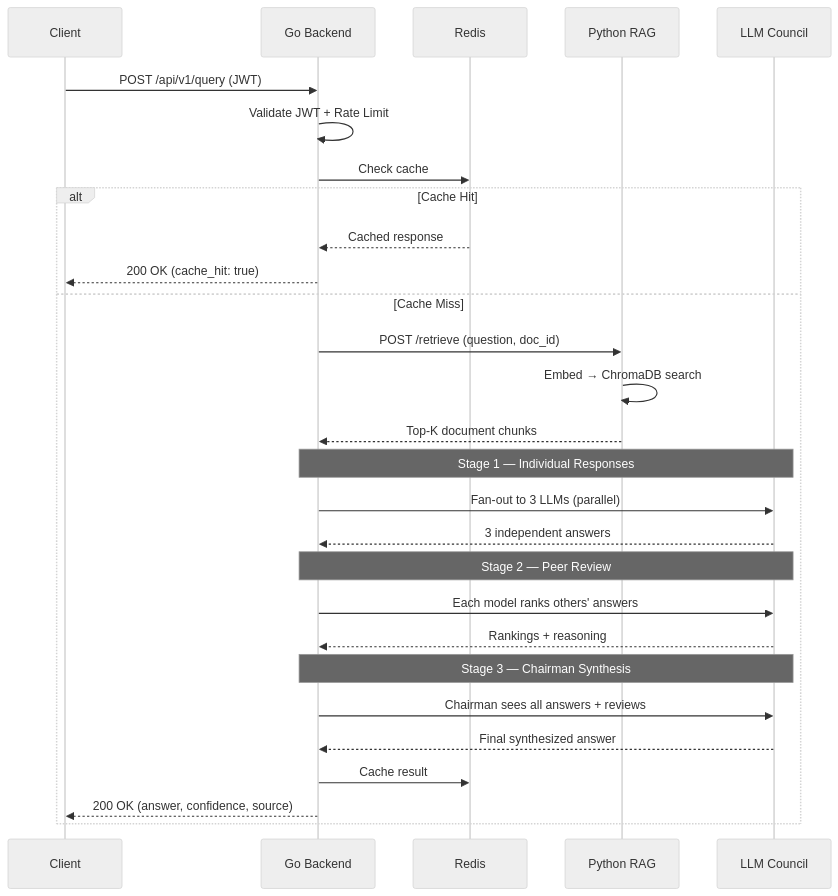
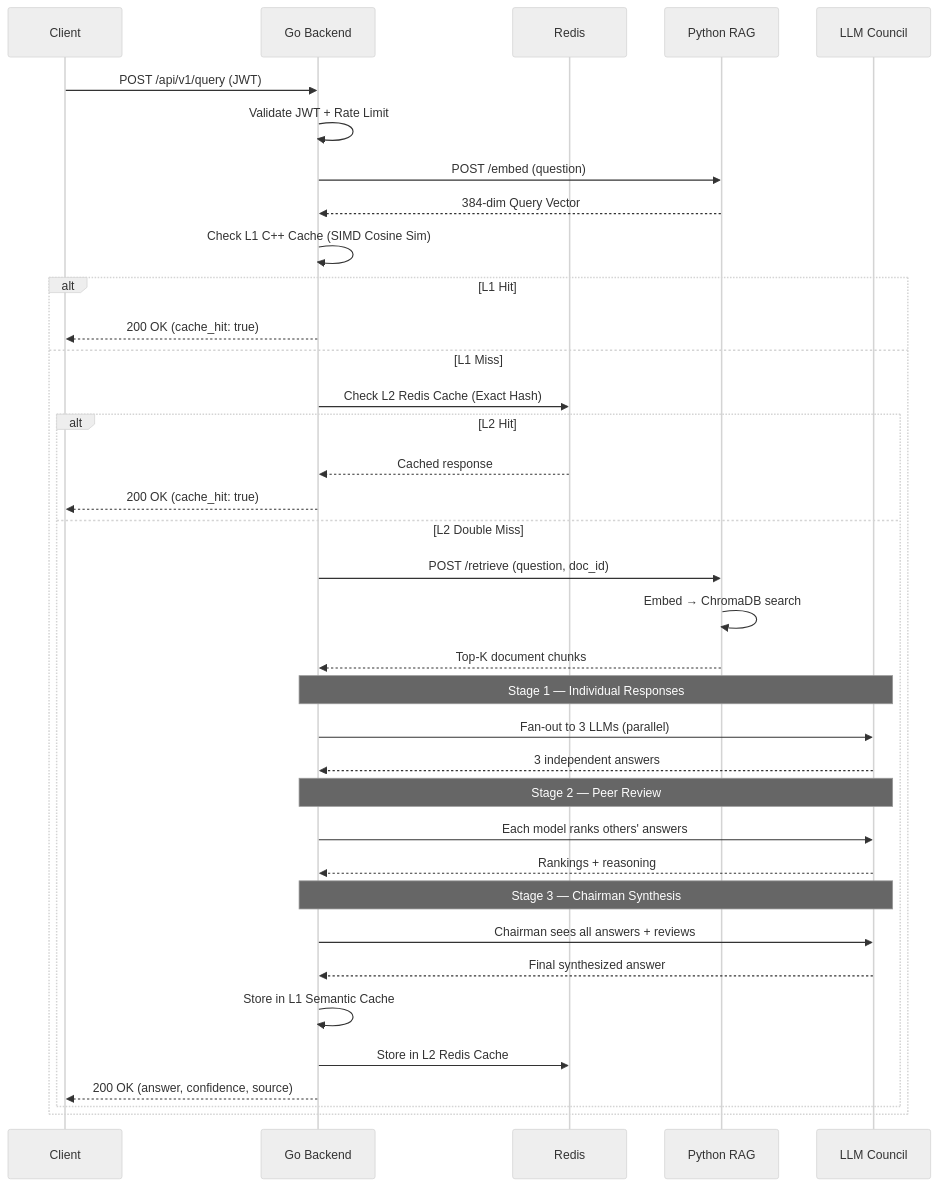
Before and after one commit to regular-life/CouncilAI: the second of 2 diagrams in README.md, drawn with Mermaid (neutral theme). The commit also changed other lines of this file and 24 other files, not shown here.

````diff
--- a/README.md
+++ b/README.md
@@ -68,36 +71,46 @@
 ```mermaid
 sequenceDiagram
     participant C as Client
     participant G as Go Backend
     participant R as Redis
     participant P as Python RAG
     participant L as LLM Council
 
     C->>G: POST /api/v1/query (JWT)
     G->>G: Validate JWT + Rate Limit
-    G->>R: Check cache
+    
+    G->>P: POST /embed (question)
+    P-->>G: 384-dim Query Vector
+    
+    G->>G: Check L1 C++ Cache (SIMD Cosine Sim)
+    
+    alt L1 Hit
+        G-->>C: 200 OK (cache_hit: true)
+    else L1 Miss
+        G->>R: Check L2 Redis Cache (Exact Hash)
+        alt L2 Hit
+            R-->>G: Cached response
+            G-->>C: 200 OK (cache_hit: true)
+        else L2 Double Miss
+            G->>P: POST /retrieve (question, doc_id)
+            P->>P: Embed → ChromaDB search
+            P-->>G: Top-K document chunks
 
-    alt Cache Hit
-        R-->>G: Cached response
-        G-->>C: 200 OK (cache_hit: true)
-    else Cache Miss
-        G->>P: POST /retrieve (question, doc_id)
-        P->>P: Embed → ChromaDB search
-        P-->>G: Top-K document chunks
+            Note over G,L: Stage 1 — Individual Responses
+            G->>L: Fan-out to 3 LLMs (parallel)
+            L-->>G: 3 independent answers
 
-        Note over G,L: Stage 1 — Individual Responses
-        G->>L: Fan-out to 3 LLMs (parallel)
-        L-->>G: 3 independent answers
+            Note over G,L: Stage 2 — Peer Review
+            G->>L: Each model ranks others' answers
+            L-->>G: Rankings + reasoning
 
-        Note over G,L: Stage 2 — Peer Review
-        G->>L: Each model ranks others' answers
-        L-->>G: Rankings + reasoning
+            Note over G,L: Stage 3 — Chairman Synthesis
+            G->>L: Chairman sees all answers + reviews
+            L-->>G: Final synthesized answer
 
-        Note over G,L: Stage 3 — Chairman Synthesis
-        G->>L: Chairman sees all answers + reviews
-        L-->>G: Final synthesized answer
-
-        G->>R: Cache result
-        G-->>C: 200 OK (answer, confidence, source)
+            G->>G: Store in L1 Semantic Cache
+            G->>R: Store in L2 Redis Cache
+            G-->>C: 200 OK (answer, confidence, source)
+        end
     end
 ```
````
